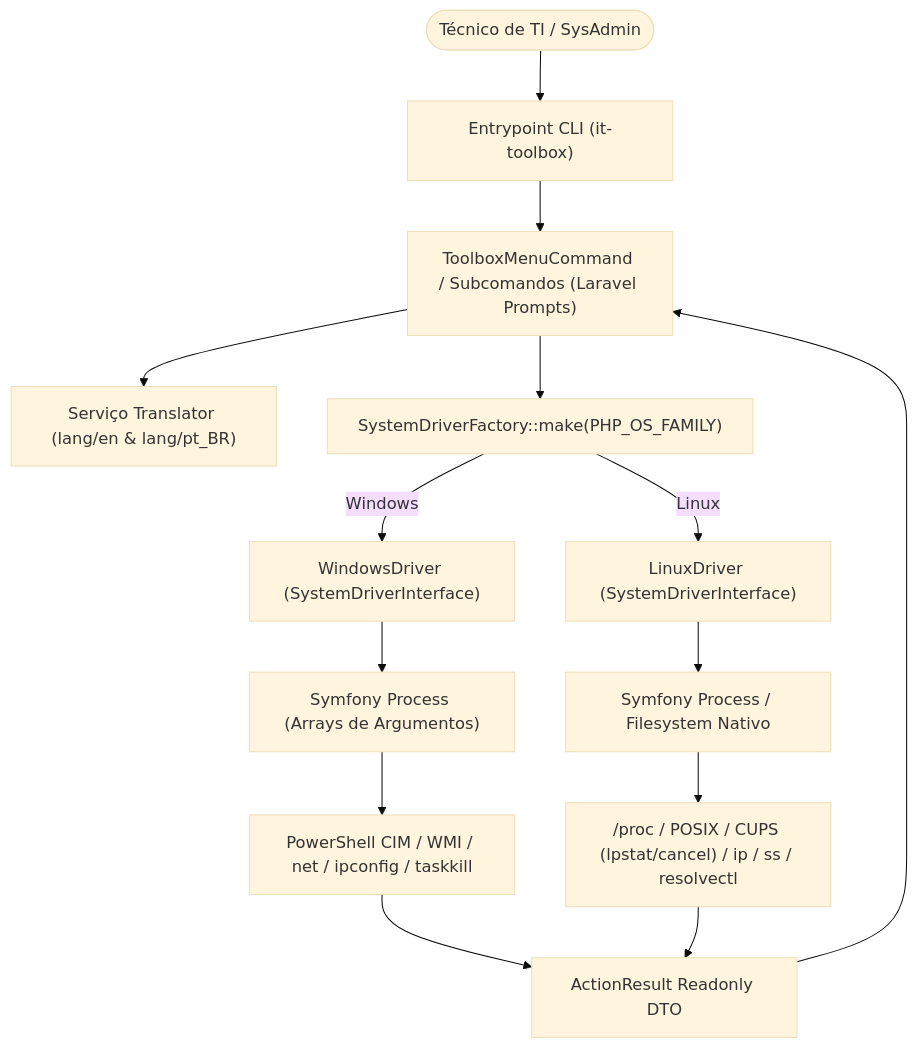
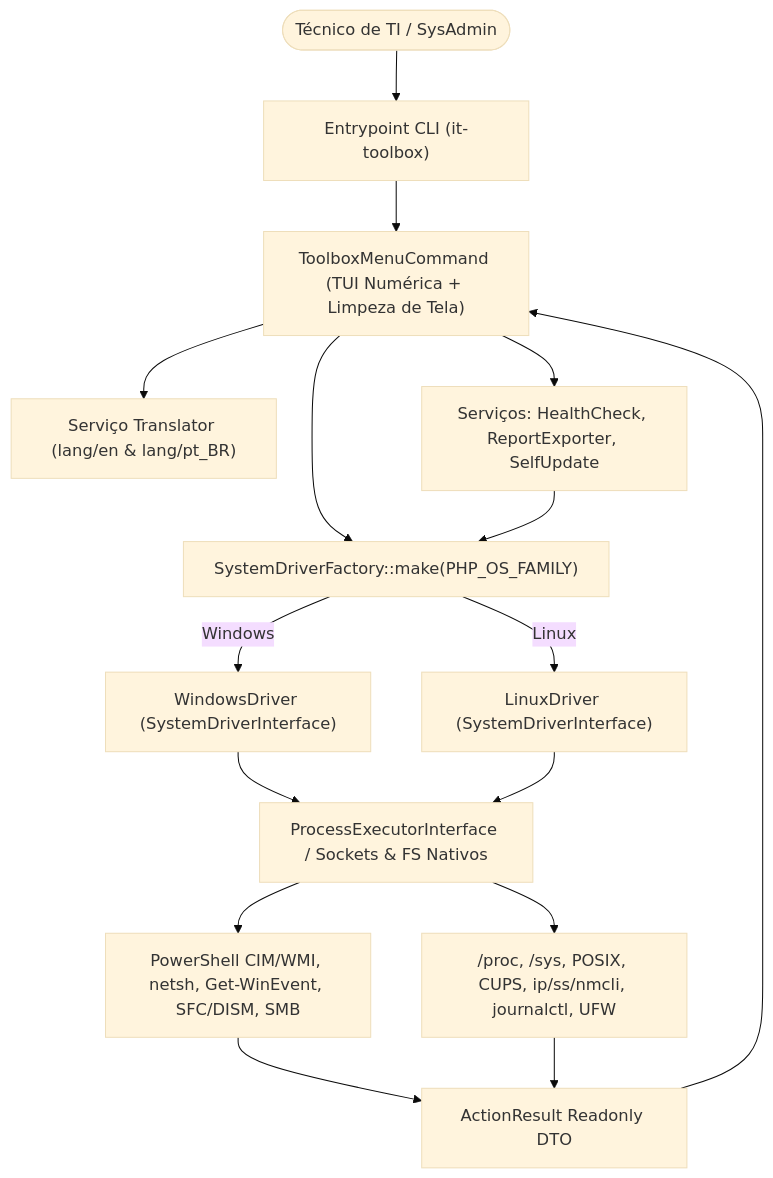
Before and after one commit to Dev-lib4n/it-toolbox-cli: the diagram in README.pt-BR.md, drawn with Mermaid (base theme). The commit also changed other lines of this file and 18 other files, not shown here.

````diff
--- a/README.pt-BR.md
+++ b/README.pt-BR.md
@@ -51,20 +66,22 @@
 ```mermaid
 flowchart TD
     User(["Técnico de TI / SysAdmin"]) --> CLI["Entrypoint CLI (it-toolbox)"]
-    CLI --> Menu["ToolboxMenuCommand / Subcomandos (Laravel Prompts)"]
+    CLI --> Menu["ToolboxMenuCommand (TUI Numérica + Limpeza de Tela)"]
     Menu --> I18n["Serviço Translator (lang/en & lang/pt_BR)"]
+    Menu --> Services["Serviços: HealthCheck, ReportExporter, SelfUpdate"]
     Menu --> Factory["SystemDriverFactory::make(PHP_OS_FAMILY)"]
+    Services --> Factory
 
     Factory -->|Windows| WinDriver["WindowsDriver (SystemDriverInterface)"]
     Factory -->|Linux| LinDriver["LinuxDriver (SystemDriverInterface)"]
 
-    WinDriver --> WinProcess["Symfony Process (Arrays de Argumentos)"]
-    LinDriver --> LinProcess["Symfony Process / Filesystem Nativo"]
+    WinDriver --> Executor["ProcessExecutorInterface / Sockets & FS Nativos"]
+    LinDriver --> Executor
 
-    WinProcess --> WinAPI["PowerShell CIM / WMI / net / ipconfig / taskkill"]
-    LinProcess --> LinAPI["/proc / POSIX / CUPS (lpstat/cancel) / ip / ss / resolvectl"]
+    Executor --> WinAPI["PowerShell CIM/WMI, netsh, Get-WinEvent, SFC/DISM, SMB"]
+    Executor --> LinAPI["/proc, /sys, POSIX, CUPS, ip/ss/nmcli, journalctl, UFW"]
 
     WinAPI --> DTO["ActionResult Readonly DTO"]
     LinAPI --> DTO
     DTO --> Menu
 ```
````
